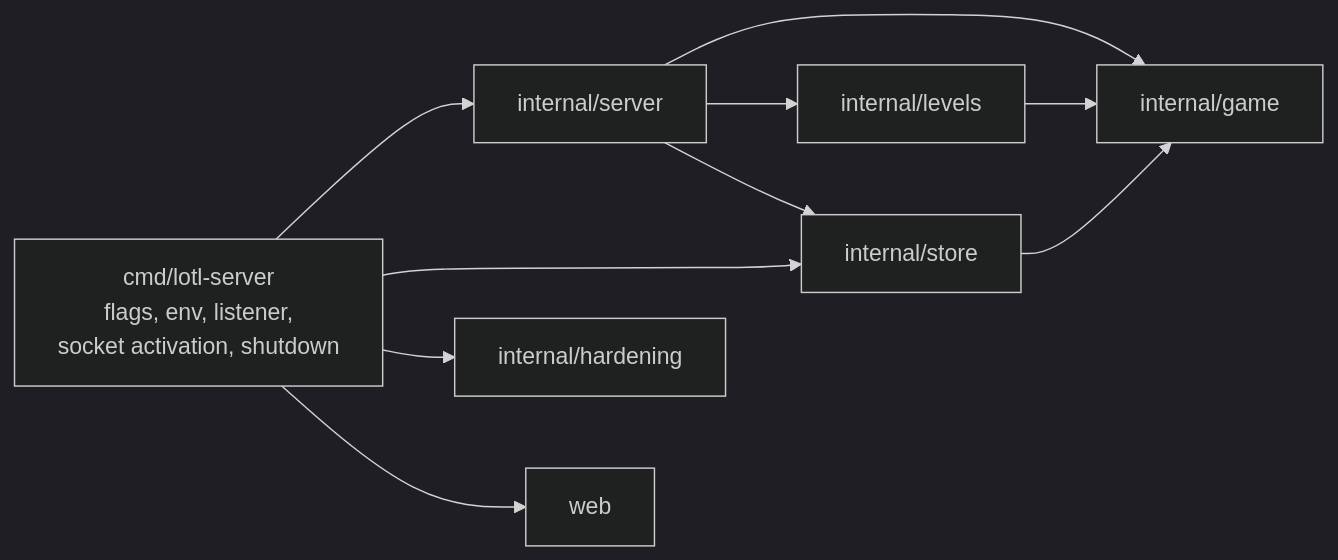
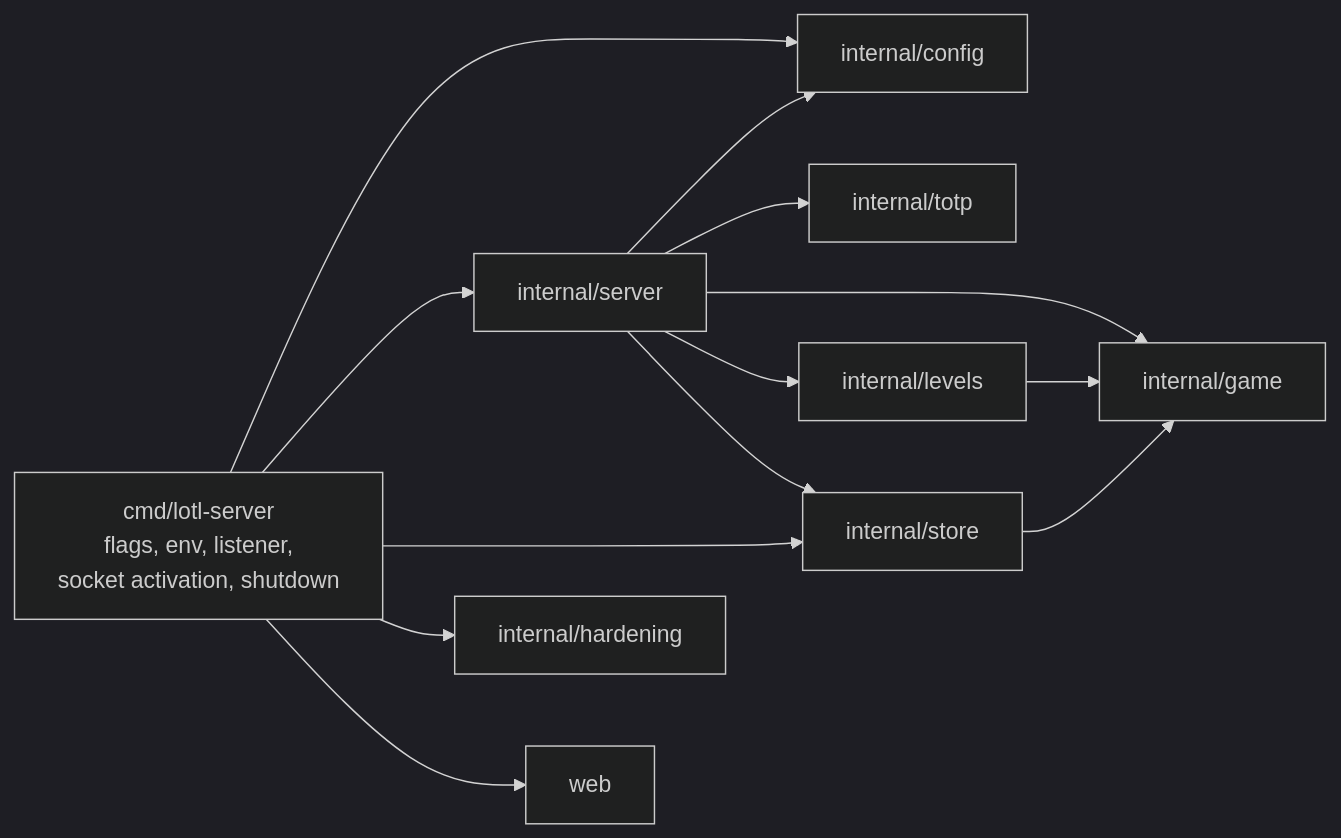
One commit to rom/Lords_of_the_Lowlands changed the third of 11 diagrams in docs/architecture.md. Above: the diagram before and after it, drawn with Mermaid (dark theme). The commit also changed other lines of this file and 25 other files, not shown here.

First line of the commit message:
Graphics overhaul (materials, props, docks, ships, fish, minimap fog), docs for all new features; fix naval tech attack, Defend flag, editor map-type generate, metrics loopback behind proxy, AI scouts for a shore before building docks

````diff
--- a/docs/architecture.md
+++ b/docs/architecture.md
@@ -83,20 +99,25 @@
 ```mermaid
 flowchart LR
     main["cmd/lotl-server<br/>flags, env, listener,<br/>socket activation, shutdown"]
+    config["internal/config"]
+    totp["internal/totp"]
     server["internal/server"]
     game["internal/game"]
     levels["internal/levels"]
     store["internal/store"]
     hardening["internal/hardening"]
     web["web"]
 
+    main --> config
     main --> server
     main --> store
+    server --> config
+    server --> totp
     main --> hardening
     main --> web
     server --> game
     server --> levels
     server --> store
     levels --> game
     store --> game
 ```
````
